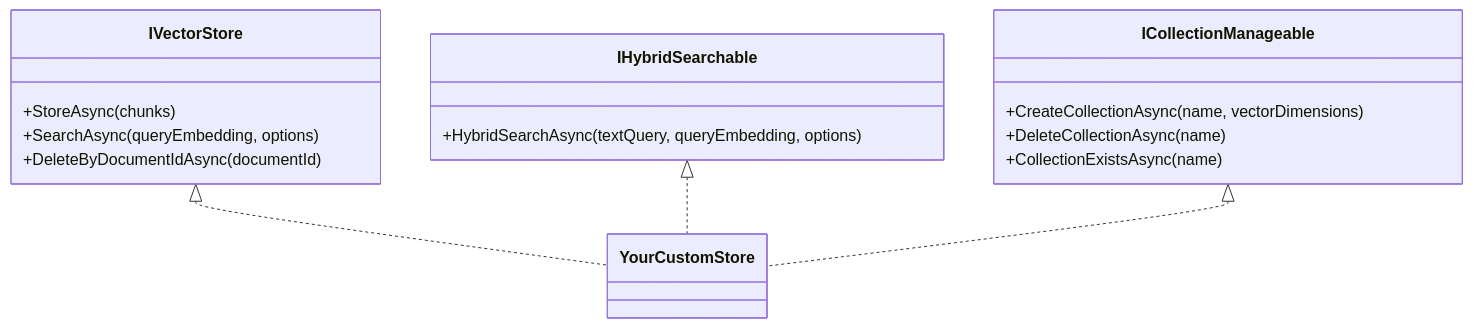
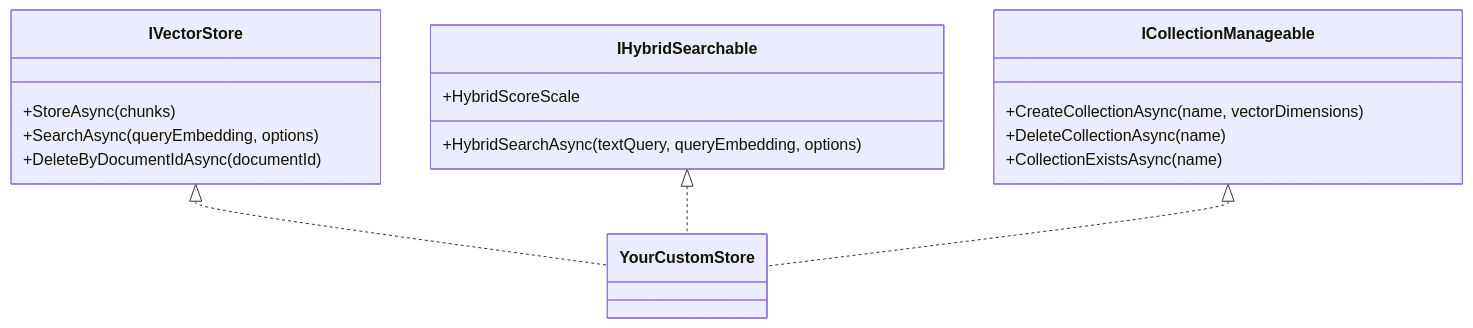
Before and after one commit to MarcelRoozekrans/Rag.NET: the diagram in docs/guide/extending.md, drawn with Mermaid. The commit also changed other lines of this file and 13 other files, not shown here.

First line of the commit message:
feat(abstractions)!: let a native hybrid declare its fused score scale (#530) (#531)

````diff
--- a/docs/guide/extending.md
+++ b/docs/guide/extending.md
@@ -119,21 +119,22 @@
 ```mermaid
 classDiagram
     class IVectorStore {
         +StoreAsync(chunks)
         +SearchAsync(queryEmbedding, options)
         +DeleteByDocumentIdAsync(documentId)
     }
     class IHybridSearchable {
+        +HybridScoreScale
         +HybridSearchAsync(textQuery, queryEmbedding, options)
     }
     class ICollectionManageable {
         +CreateCollectionAsync(name, vectorDimensions)
         +DeleteCollectionAsync(name)
         +CollectionExistsAsync(name)
     }
     class YourCustomStore {
     }
     IVectorStore <|.. YourCustomStore
     IHybridSearchable <|.. YourCustomStore
     ICollectionManageable <|.. YourCustomStore
 ```
````
